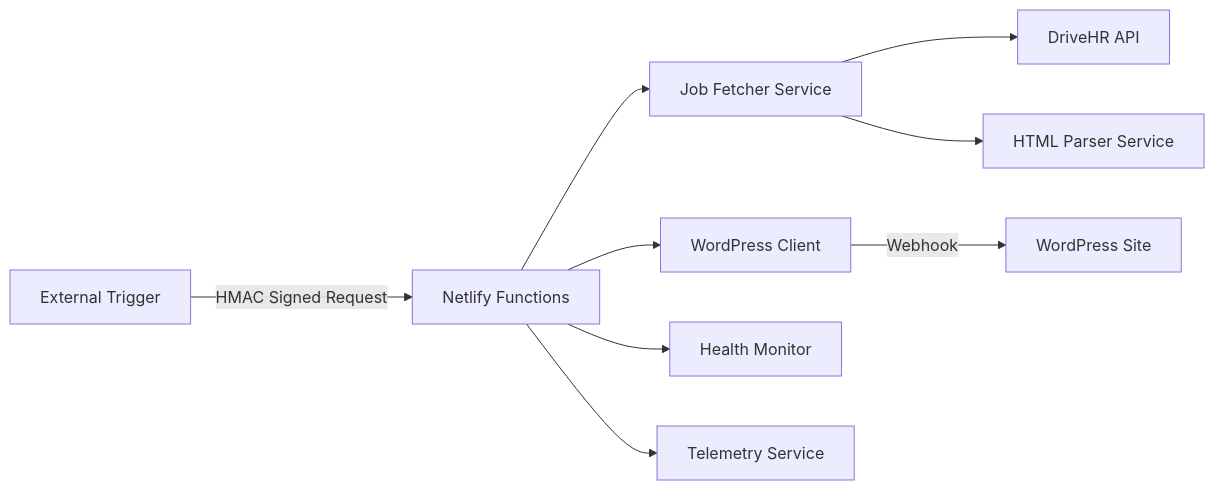
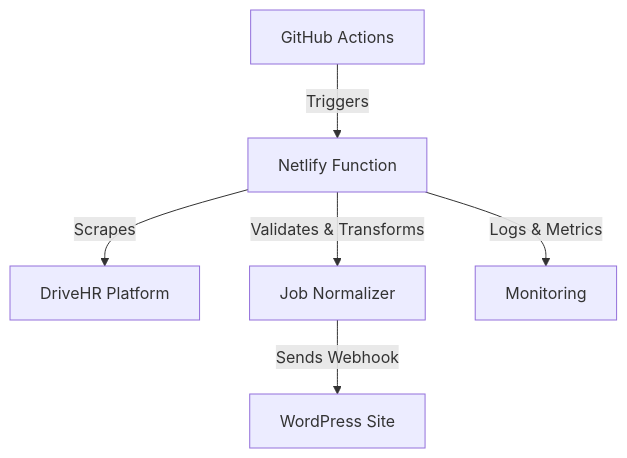
Before and after one commit to zachatkinson/drivehr-netlify-sync: the diagram in README.md, drawn with Mermaid. The commit also changed other lines of this file and 11 other files, not shown here.

````diff
--- a/README.md
+++ b/README.md
@@ -69,11 +96,8 @@
 ```mermaid
-graph LR
-    A[External Trigger] -->|HMAC Signed Request| B[Netlify Functions]
-    B --> C[Job Fetcher Service]
-    C --> D[DriveHR API]
-    C --> E[HTML Parser Service]
-    B --> F[WordPress Client]
-    F -->|Webhook| G[WordPress Site]
-    B --> H[Health Monitor]
-    B --> I[Telemetry Service]
+graph TD
+    A[GitHub Actions] -->|Triggers| B[Netlify Function]
+    B -->|Scrapes| C[DriveHR Platform]
+    B -->|Validates & Transforms| D[Job Normalizer]
+    D -->|Sends Webhook| E[WordPress Site]
+    B -->|Logs & Metrics| F[Monitoring]
 ```
````
